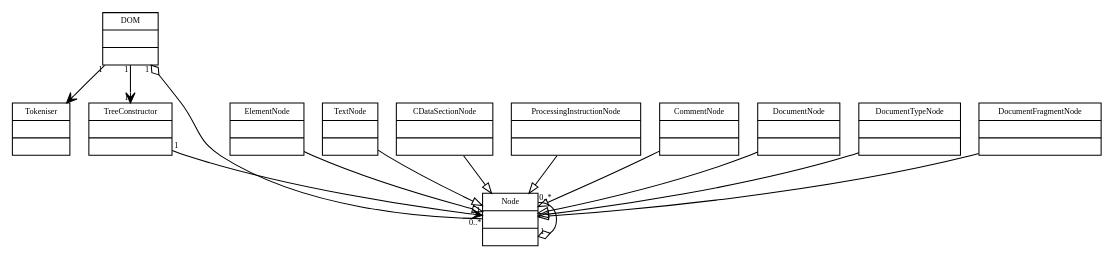
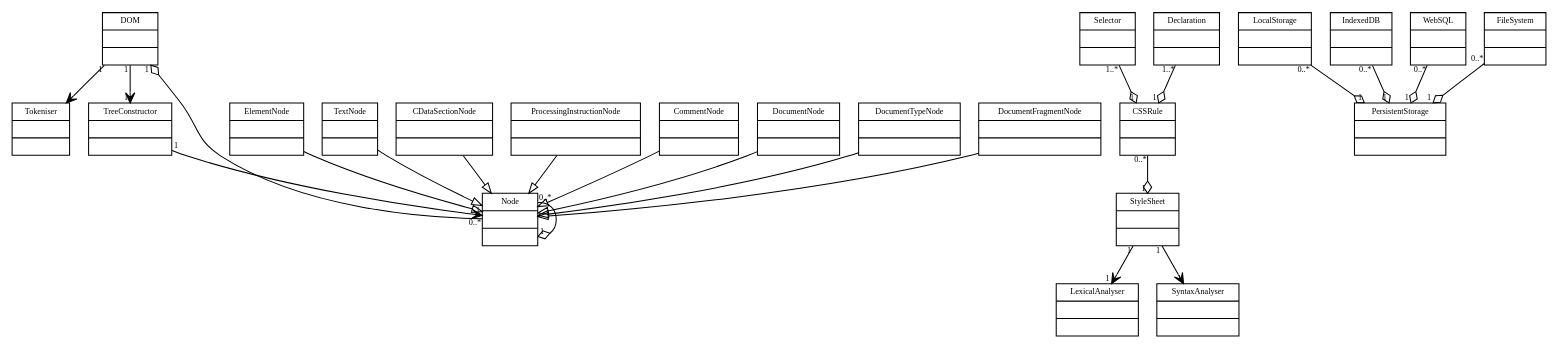
The diagram in class.gv (ScenarioWeekTeam/browser-uml), drawn with Graphviz before and after one commit.

Commit message:
Merge all class diagrams into one

```diff
--- a/class.gv
+++ b/class.gv
@@ -1,97 +1,182 @@
 digraph g {
     fontname = "Bitstream Vera Sans"
     fontsize = 8
 
    node [
         fontname = "Bitstream Vera Sans"
         fontsize = 8
         shape = "record"
     ]
 
     edge [
         fontname = "Bitstream Vera Sans"
         fontsize = 8
     ]
 
     Tokeniser [
         label = "{Tokeniser|\l|\l}"
     ]
     
     TreeConstructor [
         label = "{TreeConstructor|\l|\l}"
     ]
 
     DOM [
         label = "{DOM|\l|\l}"
     ]
     
     DOMNode [
         label = "{Node|\l|\l}"
     ]
     
     ElementNode [
         label = "{ElementNode|\l|\l}"
     ]
     
     TextNode [
         label = "{TextNode|\l|\l}"
     ]
     
     CDataSectionNode [
         label = "{CDataSectionNode|\l|\l}"
     ]
     
     ProcessingInstructionNode [
         label = "{ProcessingInstructionNode|\l|\l}"
     ]
     
     CommentNode [
         label = "{CommentNode|\l|\l}"
     ]
     
     DocumentNode [
         label = "{DocumentNode|\l|\l}"
     ]
     
     DocumentTypeNode [
         label = "{DocumentTypeNode|\l|\l}"
     ]
     
     DocumentFragmentNode [
         label = "{DocumentFragmentNode|\l|\l}"
     ]
     
     edge [
         arrowhead = "empty"
     ]
     
     ElementNode -> DOMNode
     TextNode -> DOMNode
     CDataSectionNode -> DOMNode
     ProcessingInstructionNode -> DOMNode
     CommentNode -> DOMNode
     DocumentNode -> DOMNode
     DocumentTypeNode -> DOMNode
     DocumentFragmentNode -> DOMNode
     
     edge [
         arrowhead = "ediamond"
         
         headlabel = "1 "
         taillabel = "0..*"
     ]
     
     DOMNode -> DOM
     DOMNode -> DOMNode
     
     edge [
         arrowhead = "open"
         
         headlabel = "1 "
         taillabel = "1 "
     ]
     
     DOM -> Tokeniser
     DOM -> TreeConstructor
     TreeConstructor -> DOMNode
+
+    StyleSheet [
+        label = "{StyleSheet|\l|\l}"
+    ]
+    
+    CSSRule [
+        label = "{CSSRule|\l|\l}"
+    ]
+    
+    Selector [
+        label = "{Selector|\l|\l}"
+    ]
+    
+    Declaration [
+        label = "{Declaration|\l|\l}"
+    ]
+    
+    edge [
+        arrowhead = "ediamond"
+        
+        headlabel = "1 "
+        taillabel = "0..*"
+    ]
+    
+    CSSRule -> StyleSheet
+    
+    edge [
+        arrowhead = "ediamond"
+        
+        headlabel = "1 "
+        taillabel = "1..*"
+    ]
+    
+    Selector -> CSSRule
+    Declaration -> CSSRule
+    
+    LexicalAnalyser [
+        label = "{LexicalAnalyser|\l|\l}"
+    ]
+    
+    SyntaxAnalyser [
+        label = "{SyntaxAnalyser|\l|\l}"
+    ]
+    
+    edge [
+        arrowhead = "open"
+        
+        headlabel = "1 "
+        taillabel = "1 "
+    ]
+    
+    StyleSheet -> LexicalAnalyser
+    StyleSheet -> SyntaxAnalyser
+
+    PersistentStorage [
+        label = "{PersistentStorage|\l|\l}"
+    ]
+    
+    LocalStorage [
+        label = "{LocalStorage|\l|\l}"
+    ]
+    
+    IndexedDB [
+        label = "{IndexedDB|\l|\l}"
+    ]
+    
+    WebSQL [
+        label = "{WebSQL|\l|\l}"
+    ]
+    
+    FileSystem [
+        label = "{FileSystem|\l|\l}"
+    ]
+    
+    edge [
+        arrowhead = "ediamond"
+        
+        headlabel = "1 "
+        taillabel = "0..*"
+    ]
+    
+    LocalStorage -> PersistentStorage
+    IndexedDB -> PersistentStorage
+    WebSQL -> PersistentStorage
+    FileSystem -> PersistentStorage
 }
```
